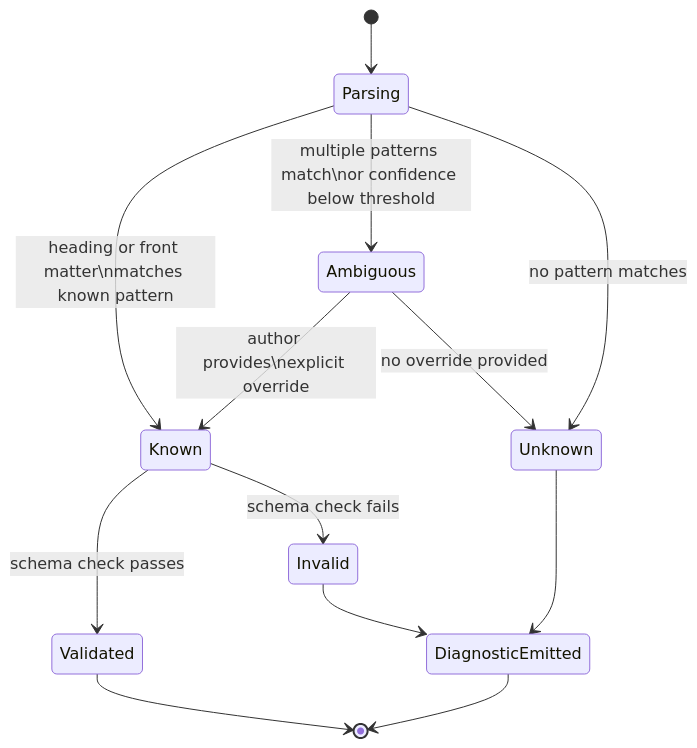
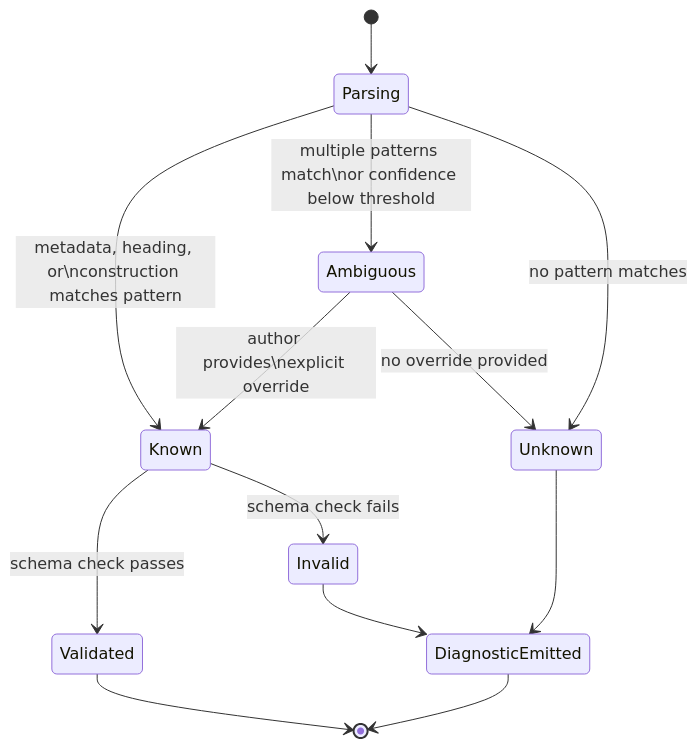
Before and after one commit to mattbriggs/structured-markdown: the second of 2 diagrams in docs_src/concept/structured-markdown.md, drawn with Mermaid. The commit also changed other lines of this file and 55 other files, not shown here.

````diff
--- a/docs_src/concept/structured-markdown.md
+++ b/docs_src/concept/structured-markdown.md
@@ -99,19 +99,19 @@
 ```mermaid
 stateDiagram-v2
     [*] --> Parsing
 
-    Parsing --> Known : heading or front matter\nmatches known pattern
+    Parsing --> Known : metadata, heading, or\nconstruction matches pattern
     Parsing --> Ambiguous : multiple patterns match\nor confidence below threshold
     Parsing --> Unknown : no pattern matches
 
     Known --> Validated : schema check passes
     Known --> Invalid : schema check fails
     Ambiguous --> Known : author provides\nexplicit override
     Ambiguous --> Unknown : no override provided
 
     Validated --> [*]
     Invalid --> DiagnosticEmitted
     Unknown --> DiagnosticEmitted
 
     DiagnosticEmitted --> [*]
 ```
````
